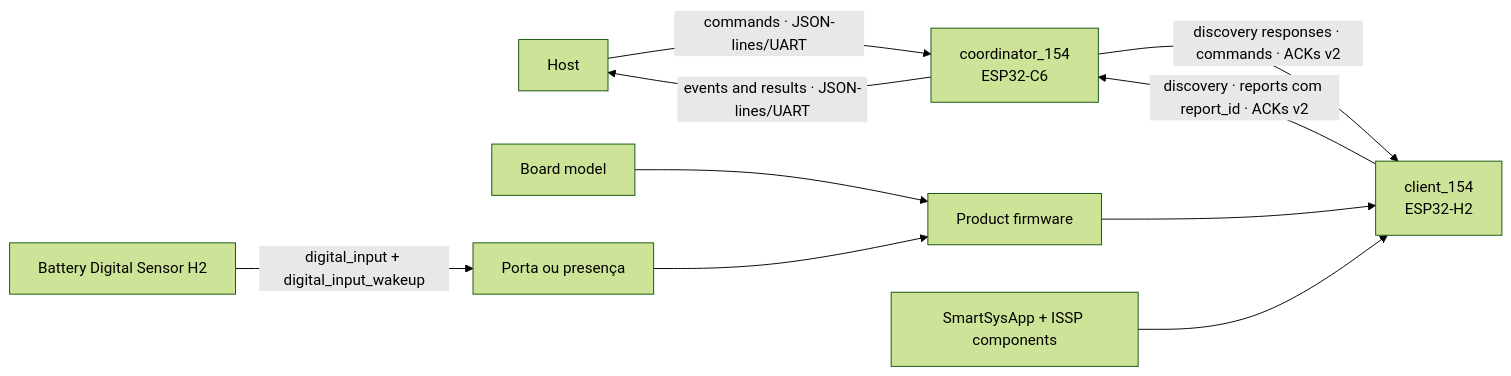
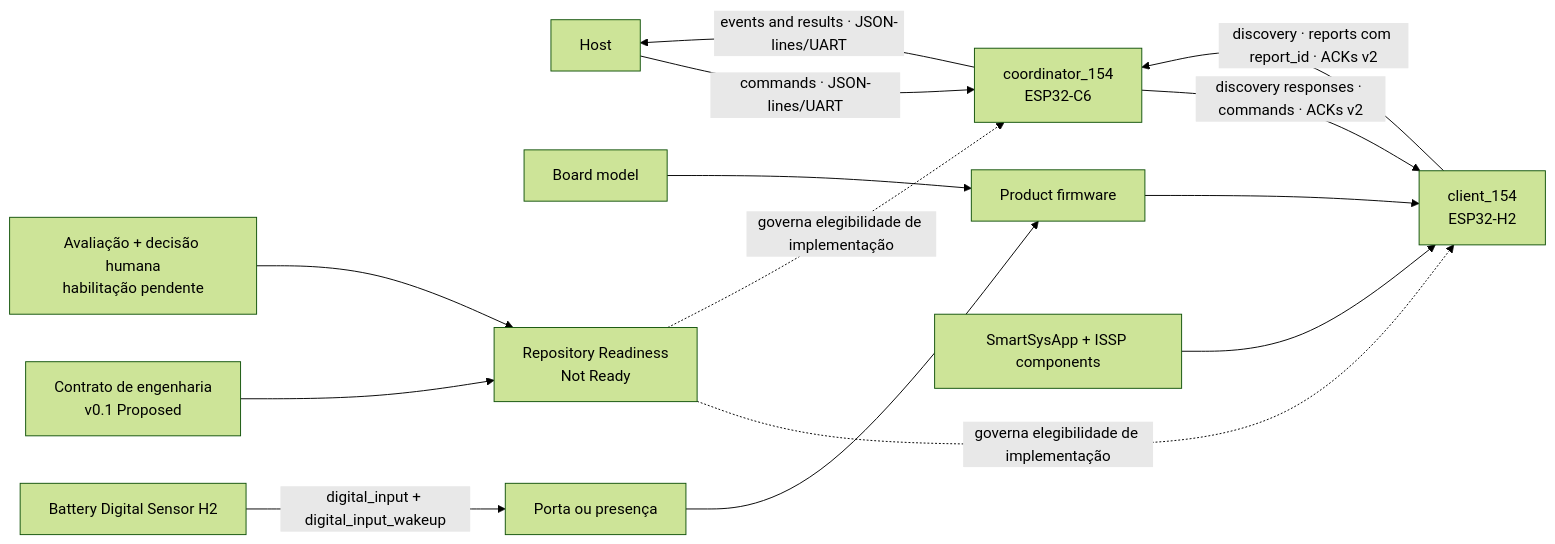
One commit to iotsmartsys/IoTSmartLink15.4 changed the diagram in docs/rfc/KNOWLEDGE-MAP.md. Above: the diagram before and after it, drawn with Mermaid (forest theme). The commit also changed other lines of this file and 9 other files, not shown here.

Commit message:
docs: adopt EKOM 5.0 and propose repository engineering contract

````diff
--- a/docs/rfc/KNOWLEDGE-MAP.md
+++ b/docs/rfc/KNOWLEDGE-MAP.md
@@ -98,12 +104,16 @@
 ```mermaid
 flowchart LR
     Host["Host"] -->|"commands · JSON-lines/UART"| Coordinator["coordinator_154<br/>ESP32-C6"]
     Coordinator -->|"events and results · JSON-lines/UART"| Host
     Coordinator -->|"discovery responses · commands · ACKs v2"| Client["client_154<br/>ESP32-H2"]
     Client -->|"discovery · reports com report_id · ACKs v2"| Coordinator
     Product["Product firmware"] --> Client
     Board["Board model"] --> Product
     DigitalBoard["Battery Digital Sensor H2"] -->|"digital_input + digital_input_wakeup"| BatteryProducts["Porta ou presença"]
     BatteryProducts --> Product
     Shared["SmartSysApp + ISSP components"] --> Client
+    Contract["Contrato de engenharia<br/>v0.1 Proposed"] --> Qualification["Repository Readiness<br/>Not Ready"]
+    Assessment["Avaliação + decisão humana<br/>habilitação pendente"] --> Qualification
+    Qualification -.->|"governa elegibilidade de implementação"| Client
+    Qualification -.->|"governa elegibilidade de implementação"| Coordinator
 ```
````
